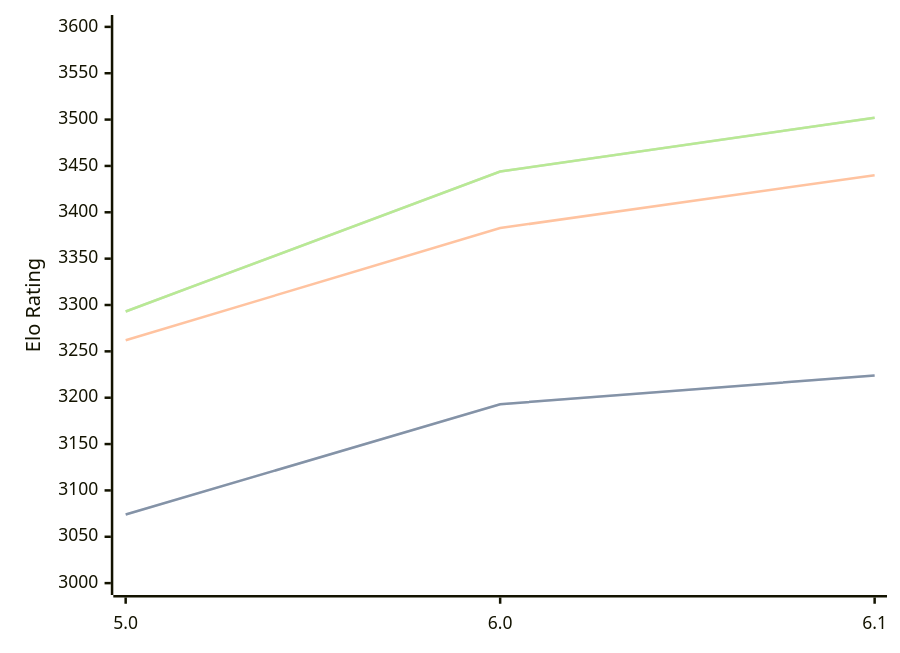
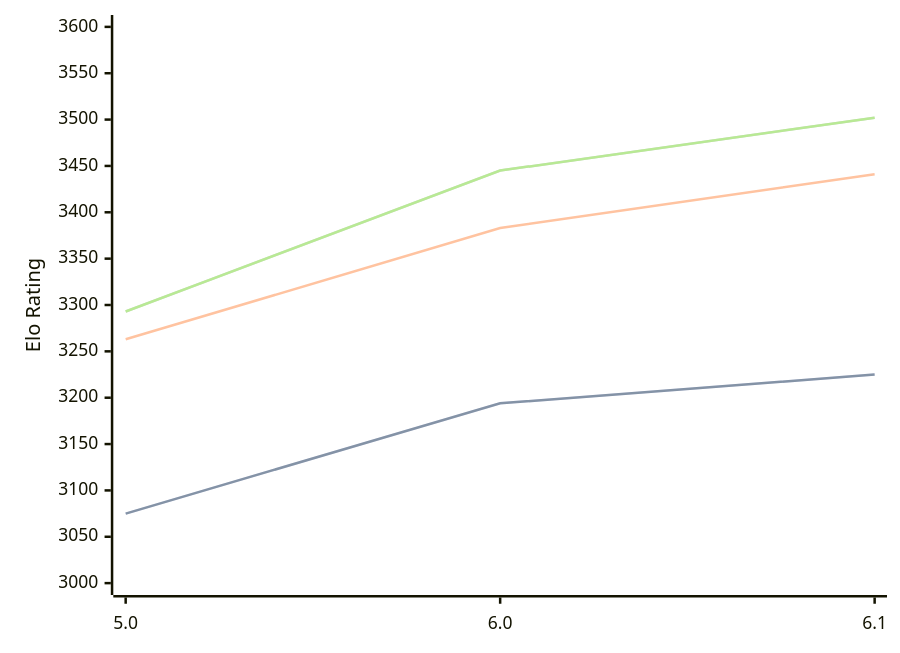
One commit to computer-chess-index/cci changed the diagram in engines/PZChessBot.md. Above: the diagram before and after it, drawn with Mermaid. The commit also changed other lines of this file, not shown here.

Commit message:
Update CCI Ratings (ELO VLTC) - 2026-03-28

````diff
--- a/engines/PZChessBot.md
+++ b/engines/PZChessBot.md
@@ -42,11 +42,11 @@
 ```mermaid
 %%{init: {"theme":"base","themeVariables":{"seriesColors:['#a3a3a3','#222221','#faa371']}}}%%
 xychart-beta
   x-axis ["5.0", "6.0", "6.1"]
   y-axis "Elo Rating" 3000 --> 3600
-  line "STC (8.0+0.08s)" [3074, 3193, 3224]
-  line "STC (8.0+0.08s)" [3074, 3193, 3224]
-  line "LTC (60.0+0.60s)" [3262, 3383, 3440]
-  line "VLTC (2m24s+1.12s)" [3293, 3444, 3502]
-  line "VLTC (2m24s+1.12s)" [3293, 3444, 3502]
+  line "STC (8.0+0.08s)" [3075, 3194, 3225]
+  line "STC (8.0+0.08s)" [3075, 3194, 3225]
+  line "LTC (60.0+0.60s)" [3263, 3383, 3441]
+  line "VLTC (2m24s+1.12s)" [3293, 3445, 3502]
+  line "VLTC (2m24s+1.12s)" [3293, 3445, 3502]
 ```
````
